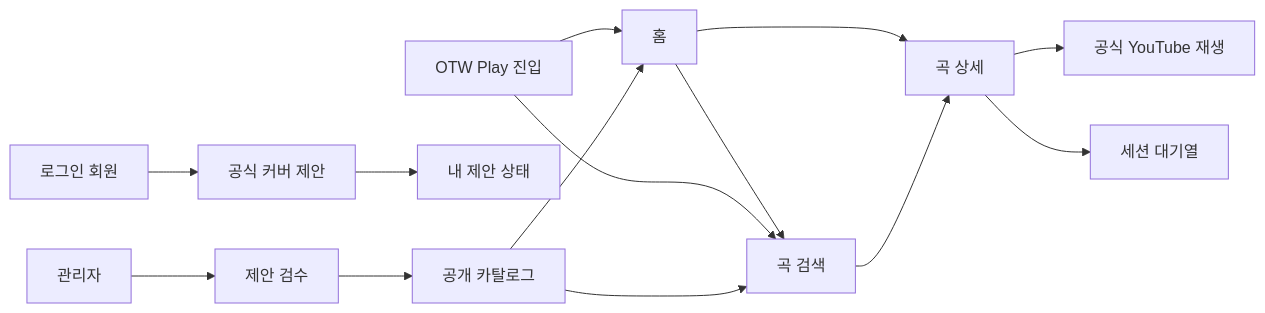
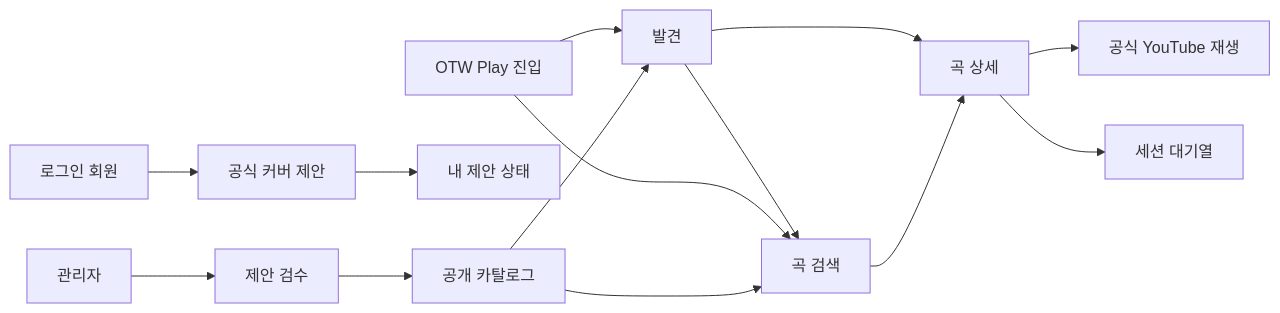
Before and after one commit to rlatmfrl24/overthewall-schedule: the first of 2 diagrams in docs/otw-play-ui-ux-design.md, drawn with Mermaid. The commit also changed other lines of this file and 12 other files, not shown here.

Commit message:
refine OTW Play discovery and player layout

````diff
--- a/docs/otw-play-ui-ux-design.md
+++ b/docs/otw-play-ui-ux-design.md
@@ -111,16 +111,16 @@
 ```mermaid
 flowchart LR
-  entry["OTW Play 진입"] --> home["홈"]
+  entry["OTW Play 진입"] --> home["발견"]
   home --> catalog["곡 검색"]
   entry --> catalog
   home --> song["곡 상세"]
   catalog --> song
   song --> player["공식 YouTube 재생"]
   song --> queue["세션 대기열"]
   signedIn["로그인 회원"] --> submit["공식 커버 제안"]
   submit --> mine["내 제안 상태"]
   admin["관리자"] --> review["제안 검수"]
   review --> published["공개 카탈로그"]
   published --> home
   published --> catalog
 ```
````
